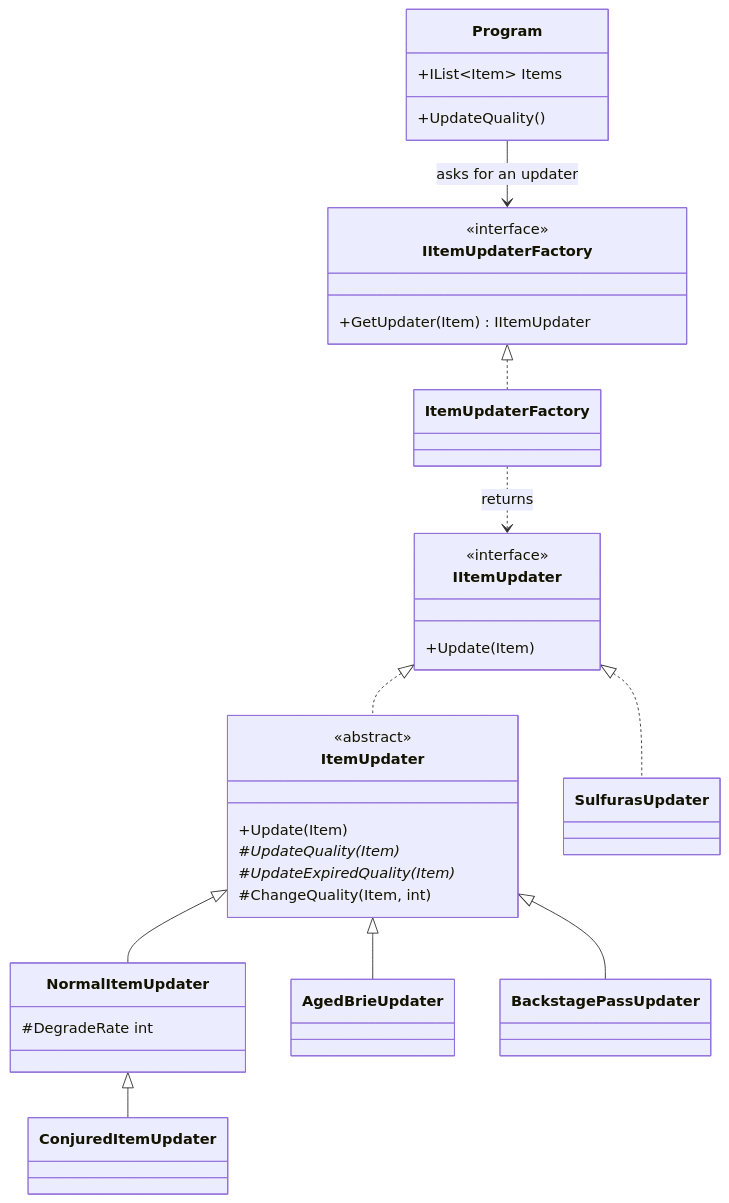
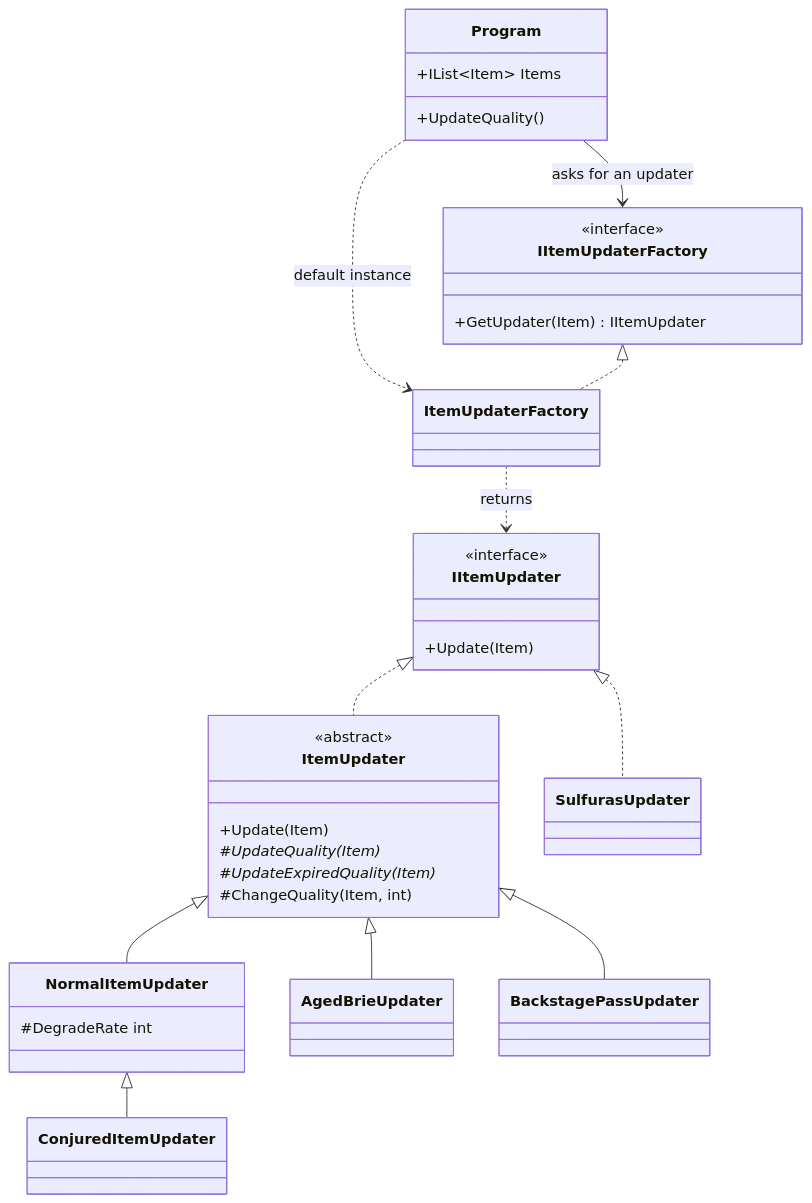
The first of 3 diagrams in SOLUTION.md (hemantpanchal67/engineering-test), drawn with Mermaid before and after one commit. The commit also changed other lines of this file, not shown here.

First line of the commit message:
docs: align class diagram with constructor injection

````diff
--- a/SOLUTION.md
+++ b/SOLUTION.md
@@ -31,54 +32,55 @@
 ```mermaid
 classDiagram
     direction TB
     class Program {
         +IList~Item~ Items
         +UpdateQuality()
     }
     class IItemUpdaterFactory {
         <<interface>>
         +GetUpdater(Item) IItemUpdater
     }
     class ItemUpdaterFactory
     class IItemUpdater {
         <<interface>>
         +Update(Item)
     }
     class ItemUpdater {
         <<abstract>>
         +Update(Item)
         #UpdateQuality(Item)*
         #UpdateExpiredQuality(Item)*
         #ChangeQuality(Item, int)
     }
     class NormalItemUpdater {
         #DegradeRate int
     }
     class ConjuredItemUpdater
     class AgedBrieUpdater
     class BackstagePassUpdater
     class SulfurasUpdater
 
     Program --> IItemUpdaterFactory : asks for an updater
+    Program ..> ItemUpdaterFactory : default instance
     IItemUpdaterFactory <|.. ItemUpdaterFactory
     ItemUpdaterFactory ..> IItemUpdater : returns
     IItemUpdater <|.. ItemUpdater
     IItemUpdater <|.. SulfurasUpdater
     ItemUpdater <|-- NormalItemUpdater
     ItemUpdater <|-- AgedBrieUpdater
     ItemUpdater <|-- BackstagePassUpdater
     NormalItemUpdater <|-- ConjuredItemUpdater
 
     classDef client fill:#e5e7eb,stroke:#6b7280,stroke-width:2px,color:#111827
     classDef factory fill:#fef08a,stroke:#ca8a04,stroke-width:2px,color:#111827
     classDef contract fill:#bfdbfe,stroke:#2563eb,stroke-width:2px,color:#111827
     classDef template fill:#fed7aa,stroke:#ea580c,stroke-width:2px,color:#111827
     classDef strategy fill:#bbf7d0,stroke:#16a34a,stroke-width:2px,color:#111827
     classDef direct fill:#e9d5ff,stroke:#9333ea,stroke-width:2px,color:#111827
     cssClass "Program" client
     cssClass "ItemUpdaterFactory" factory
     cssClass "IItemUpdaterFactory,IItemUpdater" contract
     cssClass "ItemUpdater" template
     cssClass "NormalItemUpdater,ConjuredItemUpdater,AgedBrieUpdater,BackstagePassUpdater" strategy
     cssClass "SulfurasUpdater" direct
 ```
````
